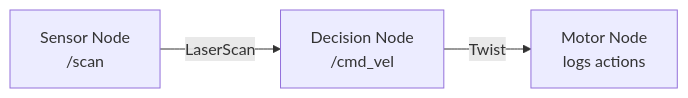
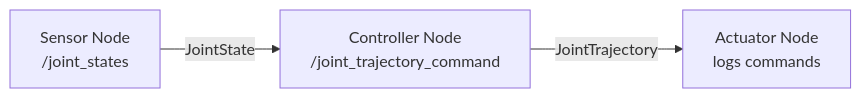
One commit to Irshadulhaqai/Physical-AI-Humanoid-Robotics-Textbook changed the diagram in my-website/docs/module-1/exercises.md. Above: the diagram before and after it, drawn with Mermaid. The commit also changed other lines of this file and 24 other files, not shown here.

````diff
--- a/my-website/docs/module-1/exercises.md
+++ b/my-website/docs/module-1/exercises.md
@@ -193,5 +227,5 @@
 ```mermaid
 flowchart LR
-    A[Sensor Node<br/>/scan] -->|LaserScan| B[Decision Node<br/>/cmd_vel]
-    B -->|Twist| C[Motor Node<br/>logs actions]
+    A["Sensor Node<br/>/joint_states"] -->|JointState| B["Controller Node<br/>/joint_trajectory_command"]
+    B -->|JointTrajectory| C["Actuator Node<br/>logs commands"]
 ```
````
